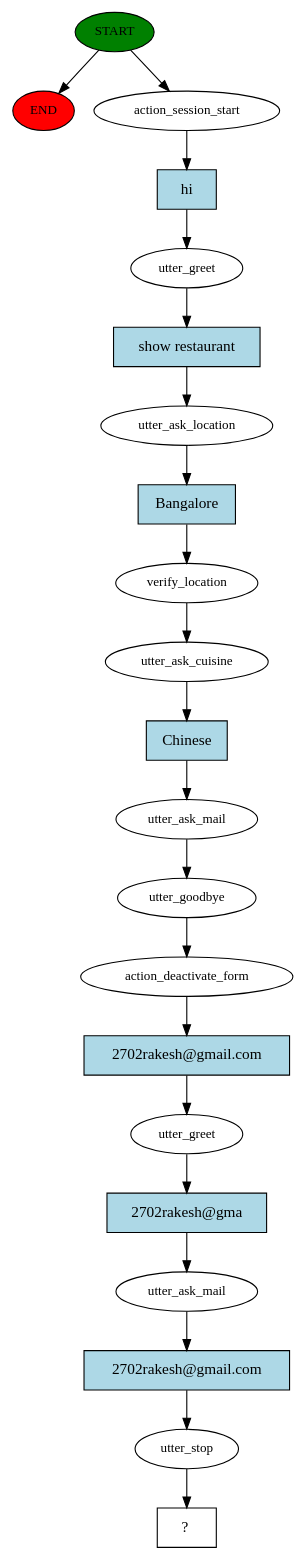
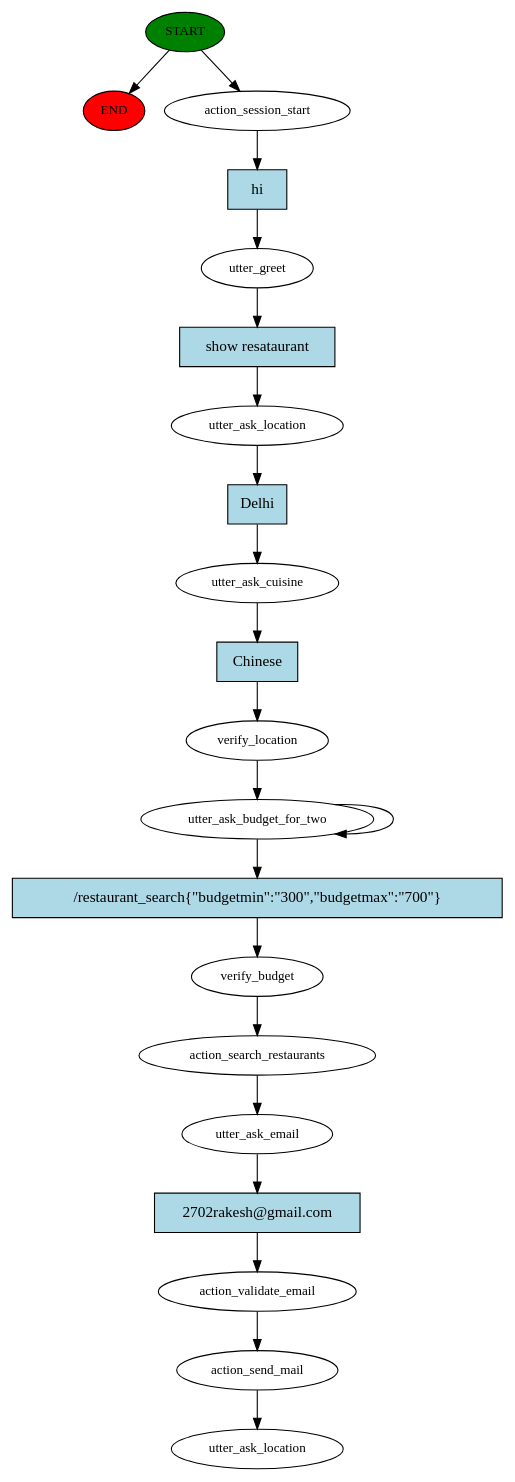
The diagram in story_graph.dot (RakeshKumar045/Restaurant_Rasa_Chatbot_Python), drawn with Graphviz before and after one commit. The commit also changed 45 other files, not shown here.

```diff
--- a/story_graph.dot
+++ b/story_graph.dot
@@ -1,43 +1,42 @@
 digraph  {
 0 [class="start active", fillcolor=green, fontsize=12, label=START, style=filled];
 "-1" [class=end, fillcolor=red, fontsize=12, label=END, style=filled];
 1 [class=active, fontsize=12, label=action_session_start];
 2 [class=active, fontsize=12, label=utter_greet];
 3 [class=active, fontsize=12, label=utter_ask_location];
-4 [class=active, fontsize=12, label=verify_location];
-5 [class=active, fontsize=12, label=utter_ask_cuisine];
-6 [class=active, fontsize=12, label=utter_ask_mail];
-7 [class=active, fontsize=12, label=utter_goodbye];
-8 [class=active, fontsize=12, label=action_deactivate_form];
-9 [class=active, fontsize=12, label=utter_greet];
-10 [class=active, fontsize=12, label=utter_ask_mail];
-11 [class=active, fontsize=12, label=utter_stop];
-12 [class="intent dashed active", label="  ?  ", shape=rect];
-13 [class="intent active", fillcolor=lightblue, label=hi, shape=rect, style=filled];
-14 [class="intent active", fillcolor=lightblue, label="show restaurant", shape=rect, style=filled];
-15 [class="intent active", fillcolor=lightblue, label=Bangalore, shape=rect, style=filled];
-16 [class="intent active", fillcolor=lightblue, label=Chinese, shape=rect, style=filled];
-17 [class="intent active", fillcolor=lightblue, label="2702rakesh@gmail.com", shape=rect, style=filled];
-18 [class="intent active", fillcolor=lightblue, label="2702rakesh@gma", shape=rect, style=filled];
+4 [class=active, fontsize=12, label=utter_ask_cuisine];
+5 [class=active, fontsize=12, label=verify_location];
+6 [class=active, fontsize=12, label=utter_ask_budget_for_two];
+8 [class=active, fontsize=12, label=verify_budget];
+9 [class=active, fontsize=12, label=action_search_restaurants];
+10 [class=active, fontsize=12, label=utter_ask_email];
+11 [class=active, fontsize=12, label=action_validate_email];
+12 [class=active, fontsize=12, label=action_send_mail];
+13 [class="dashed active", fontsize=12, label=utter_ask_location];
+14 [class="intent active", fillcolor=lightblue, label=hi, shape=rect, style=filled];
+15 [class="intent active", fillcolor=lightblue, label="show resataurant", shape=rect, style=filled];
+16 [class="intent active", fillcolor=lightblue, label=Delhi, shape=rect, style=filled];
+17 [class="intent active", fillcolor=lightblue, label=Chinese, shape=rect, style=filled];
+18 [class="intent active", fillcolor=lightblue, label="/restaurant_search{\"budgetmin\":\"300\",\"budgetmax\":\"700\"}", shape=rect, style=filled];
 19 [class="intent active", fillcolor=lightblue, label="2702rakesh@gmail.com", shape=rect, style=filled];
 0 -> "-1"  [class="", key=NONE, label=""];
 0 -> 1  [class=active, key=NONE, label=""];
-1 -> 13  [class=active, key=0];
-2 -> 14  [class=active, key=0];
-3 -> 15  [class=active, key=0];
-4 -> 5  [class=active, key=NONE, label=""];
-5 -> 16  [class=active, key=0];
-6 -> 7  [class=active, key=NONE, label=""];
-7 -> 8  [class=active, key=NONE, label=""];
-8 -> 17  [class=active, key=0];
-9 -> 18  [class=active, key=0];
+1 -> 14  [class=active, key=0];
+2 -> 15  [class=active, key=0];
+3 -> 16  [class=active, key=0];
+4 -> 17  [class=active, key=0];
+5 -> 6  [class=active, key=NONE, label=""];
+6 -> 6  [class=active, key=NONE, label=""];
+6 -> 18  [class=active, key=0];
+8 -> 9  [class=active, key=NONE, label=""];
+9 -> 10  [class=active, key=NONE, label=""];
 10 -> 19  [class=active, key=0];
 11 -> 12  [class=active, key=NONE, label=""];
-13 -> 2  [class=active, key=0];
-14 -> 3  [class=active, key=0];
-15 -> 4  [class=active, key=0];
-16 -> 6  [class=active, key=0];
-17 -> 9  [class=active, key=0];
-18 -> 10  [class=active, key=0];
+12 -> 13  [class=active, key=NONE, label=""];
+14 -> 2  [class=active, key=0];
+15 -> 3  [class=active, key=0];
+16 -> 4  [class=active, key=0];
+17 -> 5  [class=active, key=0];
+18 -> 8  [class=active, key=0];
 19 -> 11  [class=active, key=0];
 }
```
